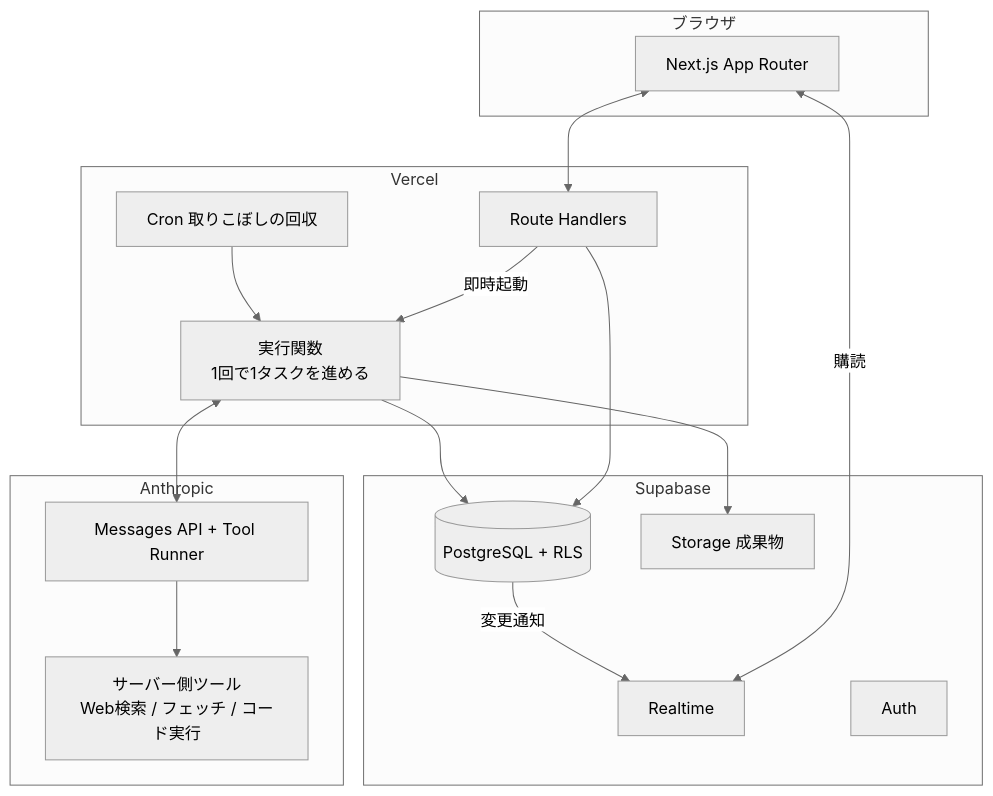
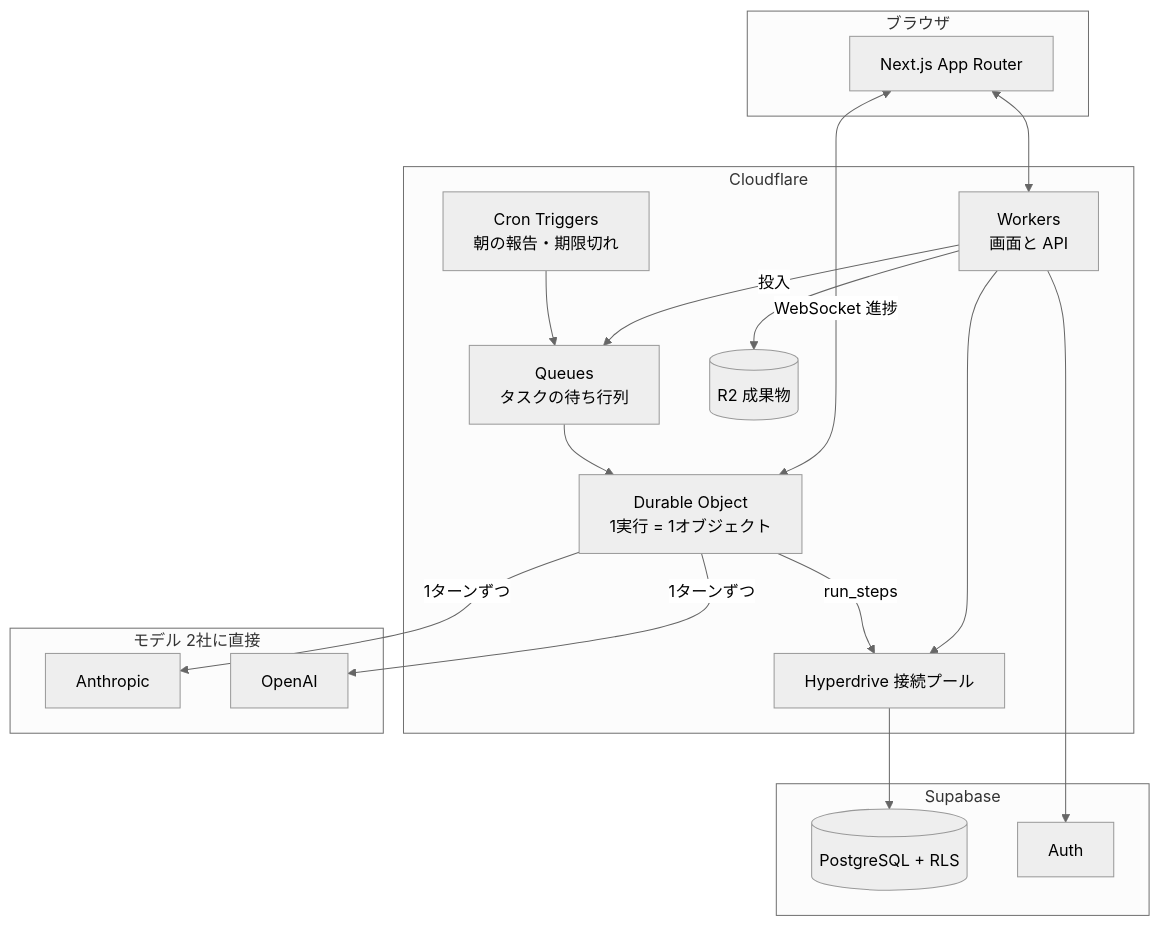
The diagram in docs/design/05-tech-and-cost.md (yuseidayo88/Ocean), drawn with Mermaid (neutral theme) before and after one commit. The commit also changed other lines of this file and 17 other files, not shown here.

````diff
--- a/docs/design/05-tech-and-cost.md
+++ b/docs/design/05-tech-and-cost.md
@@ -20,32 +21,33 @@
 ```mermaid
 flowchart TB
   subgraph client[ブラウザ]
     UI[Next.js App Router]
   end
-  subgraph vercel[Vercel]
-    API[Route Handlers]
-    RUN[実行関数<br/>1回で1タスクを進める]
-    CRON[Cron 取りこぼしの回収]
+  subgraph cf[Cloudflare]
+    W[Workers<br/>画面と API]
+    Q[Queues<br/>タスクの待ち行列]
+    DO[Durable Object<br/>1実行 = 1オブジェクト]
+    CR[Cron Triggers<br/>朝の報告・期限切れ]
+    R2[(R2 成果物)]
+    HD[Hyperdrive 接続プール]
   end
   subgraph supa[Supabase]
     DB[(PostgreSQL + RLS)]
-    RT[Realtime]
-    ST[Storage 成果物]
     AUTH[Auth]
   end
-  subgraph anth[Anthropic]
-    MSG[Messages API + Tool Runner]
-    TOOLS[サーバー側ツール<br/>Web検索 / フェッチ / コード実行]
+  subgraph models[モデル 2社に直接]
+    ANT[Anthropic]
+    OAI[OpenAI]
   end
 
-  UI <--> API
-  UI <-- 購読 --> RT
-  API --> DB
-  API -- 即時起動 --> RUN
-  CRON --> RUN
-  RUN --> DB
-  DB -- 変更通知 --> RT
-  RUN <--> MSG
-  MSG --> TOOLS
-  RUN --> ST
+  UI <--> W
+  UI <-- WebSocket 進捗 --> DO
+  W --> HD --> DB
+  W --> AUTH
+  W -- 投入 --> Q --> DO
+  CR --> Q
+  DO -- 1ターンずつ --> ANT
+  DO -- 1ターンずつ --> OAI
+  DO -- run_steps --> HD
+  W --> R2
 ```
````
